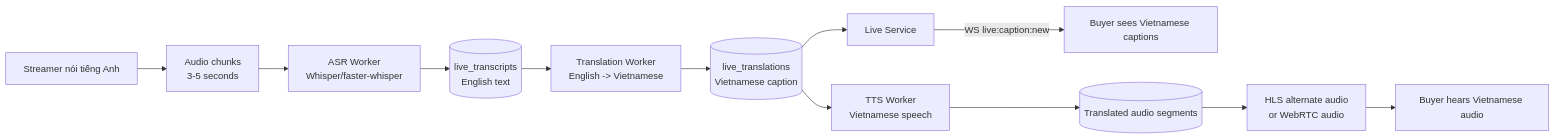
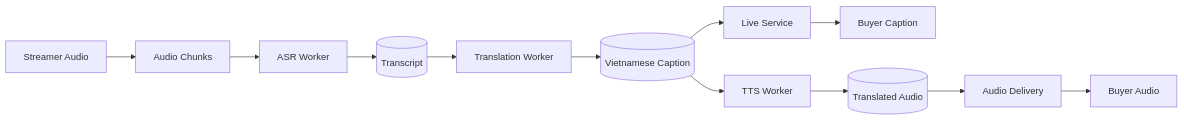
The fourth of 5 diagrams in docs/architecture/livestream-service-diagrams.md (truong-devops/ecommerce-microservices), drawn with Mermaid before and after one commit. The commit also changed other lines of this file and 17 other files, not shown here.

Commit message:
docs(media-commerce): add devsecops guides and diagrams

````diff
--- a/docs/architecture/livestream-service-diagrams.md
+++ b/docs/architecture/livestream-service-diagrams.md
@@ -126,15 +122,15 @@
 ```mermaid
-flowchart LR
-  Streamer[Streamer nói tiếng Anh] --> Audio[Audio chunks<br/>3-5 seconds]
-  Audio --> ASR[ASR Worker<br/>Whisper/faster-whisper]
-  ASR --> Transcript[(live_transcripts<br/>English text)]
-  Transcript --> Translate[Translation Worker<br/>English -> Vietnamese]
-  Translate --> Translation[(live_translations<br/>Vietnamese caption)]
+graph LR
+  Streamer[Streamer Audio] --> Audio[Audio Chunks]
+  Audio --> ASR[ASR Worker]
+  ASR --> Transcript[(Transcript)]
+  Transcript --> Translate[Translation Worker]
+  Translate --> Translation[(Vietnamese Caption)]
   Translation --> LiveService[Live Service]
-  LiveService -->|WS live:caption:new| BuyerCaption[Buyer sees Vietnamese captions]
+  LiveService --> BuyerCaption[Buyer Caption]
 
-  Translation --> TTS[TTS Worker<br/>Vietnamese speech]
-  TTS --> AudioSegment[(Translated audio segments)]
-  AudioSegment --> Delivery[HLS alternate audio<br/>or WebRTC audio]
-  Delivery --> BuyerAudio[Buyer hears Vietnamese audio]
+  Translation --> TTS[TTS Worker]
+  TTS --> AudioSegment[(Translated Audio)]
+  AudioSegment --> Delivery[Audio Delivery]
+  Delivery --> BuyerAudio[Buyer Audio]
 ```
````
